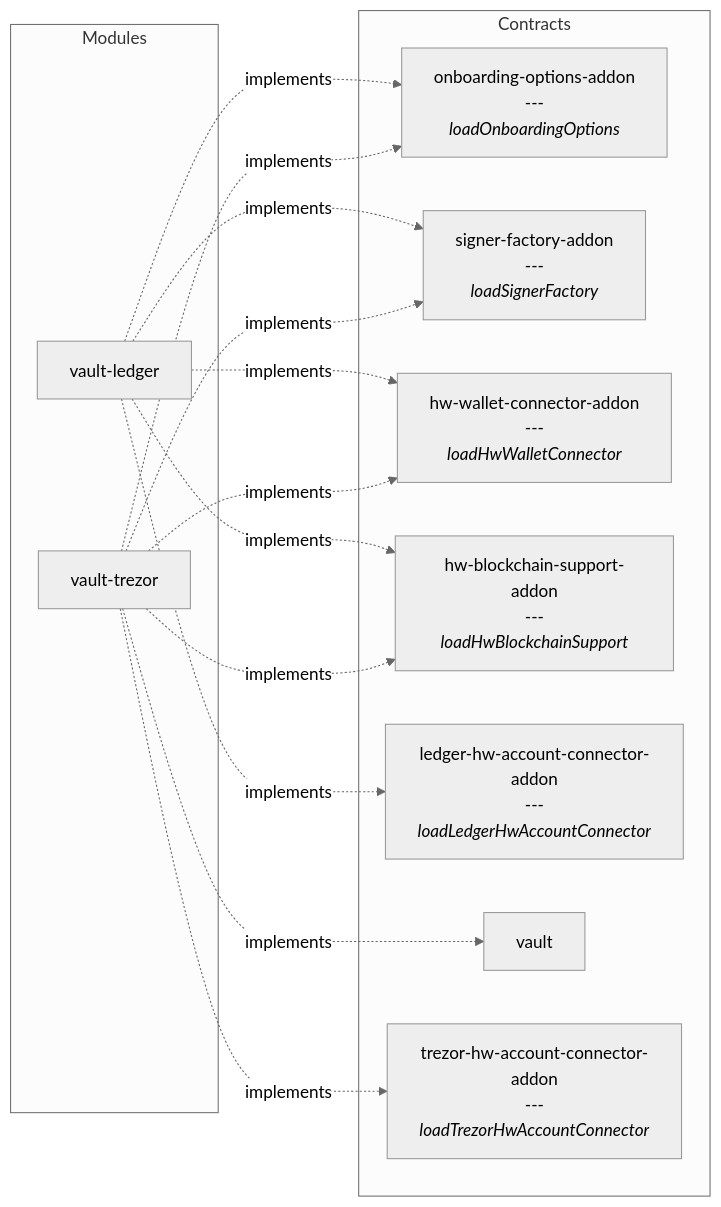
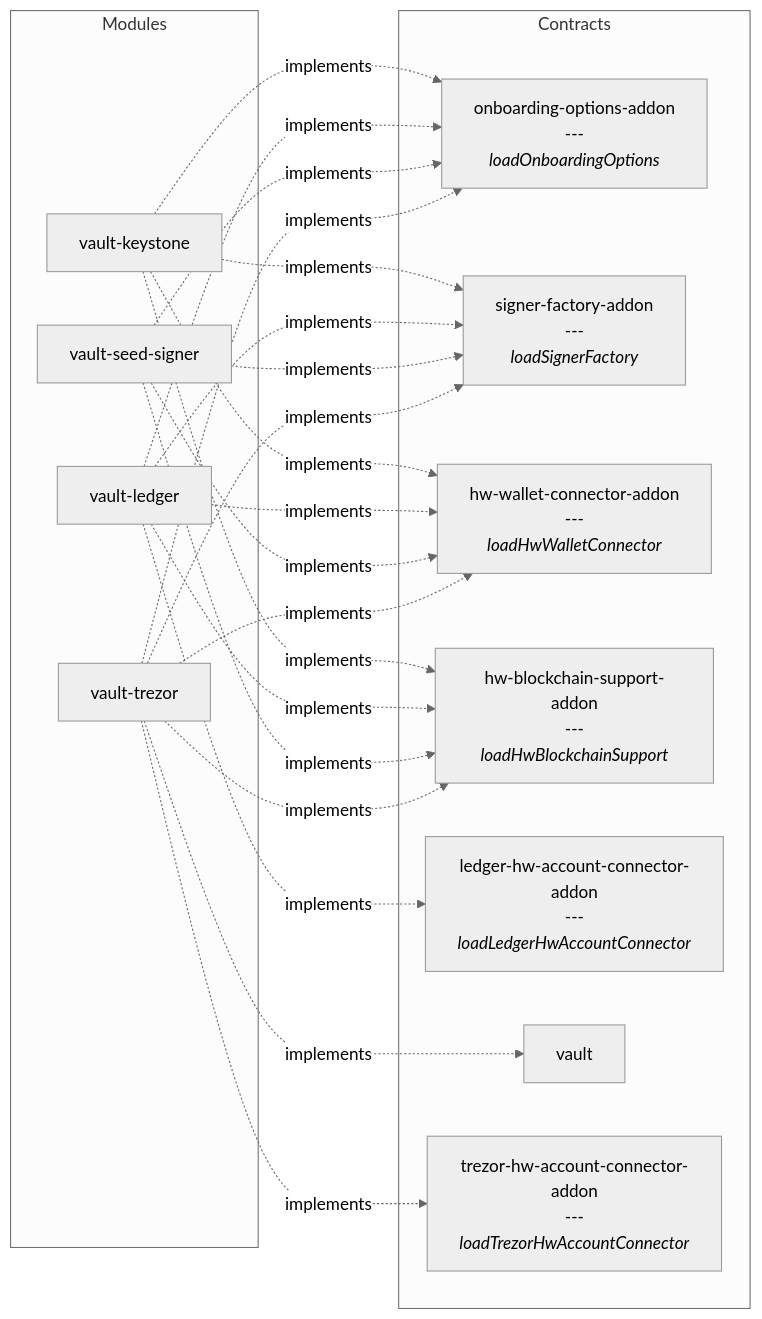
One commit to input-output-hk/lace changed diagram 33 of 33 in docs/contracts-and-modules.md. Above: the diagram before and after it, drawn with Mermaid (neutral theme). The commit also changed other lines of this file and 1289 other files, not shown here.

````diff
--- a/docs/contracts-and-modules.md
+++ b/docs/contracts-and-modules.md
@@ -666,27 +705,37 @@
 ```mermaid
 graph LR
   subgraph Contracts
     onboarding-options-addon["onboarding-options-addon<br/>---<br/><i>loadOnboardingOptions</i>"]
     signer-factory-addon["signer-factory-addon<br/>---<br/><i>loadSignerFactory</i>"]
     hw-wallet-connector-addon["hw-wallet-connector-addon<br/>---<br/><i>loadHwWalletConnector</i>"]
     hw-blockchain-support-addon["hw-blockchain-support-addon<br/>---<br/><i>loadHwBlockchainSupport</i>"]
     ledger-hw-account-connector-addon["ledger-hw-account-connector-addon<br/>---<br/><i>loadLedgerHwAccountConnector</i>"]
     vault["vault"]
     trezor-hw-account-connector-addon["trezor-hw-account-connector-addon<br/>---<br/><i>loadTrezorHwAccountConnector</i>"]
   end
   subgraph Modules
-    module_0["vault-ledger"]
-    module_1["vault-trezor"]
+    module_0["vault-keystone"]
+    module_1["vault-ledger"]
+    module_2["vault-seed-signer"]
+    module_3["vault-trezor"]
   end
   module_0 -.->|implements| onboarding-options-addon
   module_0 -.->|implements| signer-factory-addon
   module_0 -.->|implements| hw-wallet-connector-addon
   module_0 -.->|implements| hw-blockchain-support-addon
-  module_0 -.->|implements| ledger-hw-account-connector-addon
-  module_1 -.->|implements| vault
   module_1 -.->|implements| onboarding-options-addon
   module_1 -.->|implements| signer-factory-addon
   module_1 -.->|implements| hw-wallet-connector-addon
   module_1 -.->|implements| hw-blockchain-support-addon
-  module_1 -.->|implements| trezor-hw-account-connector-addon
+  module_1 -.->|implements| ledger-hw-account-connector-addon
+  module_2 -.->|implements| onboarding-options-addon
+  module_2 -.->|implements| signer-factory-addon
+  module_2 -.->|implements| hw-wallet-connector-addon
+  module_2 -.->|implements| hw-blockchain-support-addon
+  module_3 -.->|implements| vault
+  module_3 -.->|implements| onboarding-options-addon
+  module_3 -.->|implements| signer-factory-addon
+  module_3 -.->|implements| hw-wallet-connector-addon
+  module_3 -.->|implements| hw-blockchain-support-addon
+  module_3 -.->|implements| trezor-hw-account-connector-addon
 ```
````
